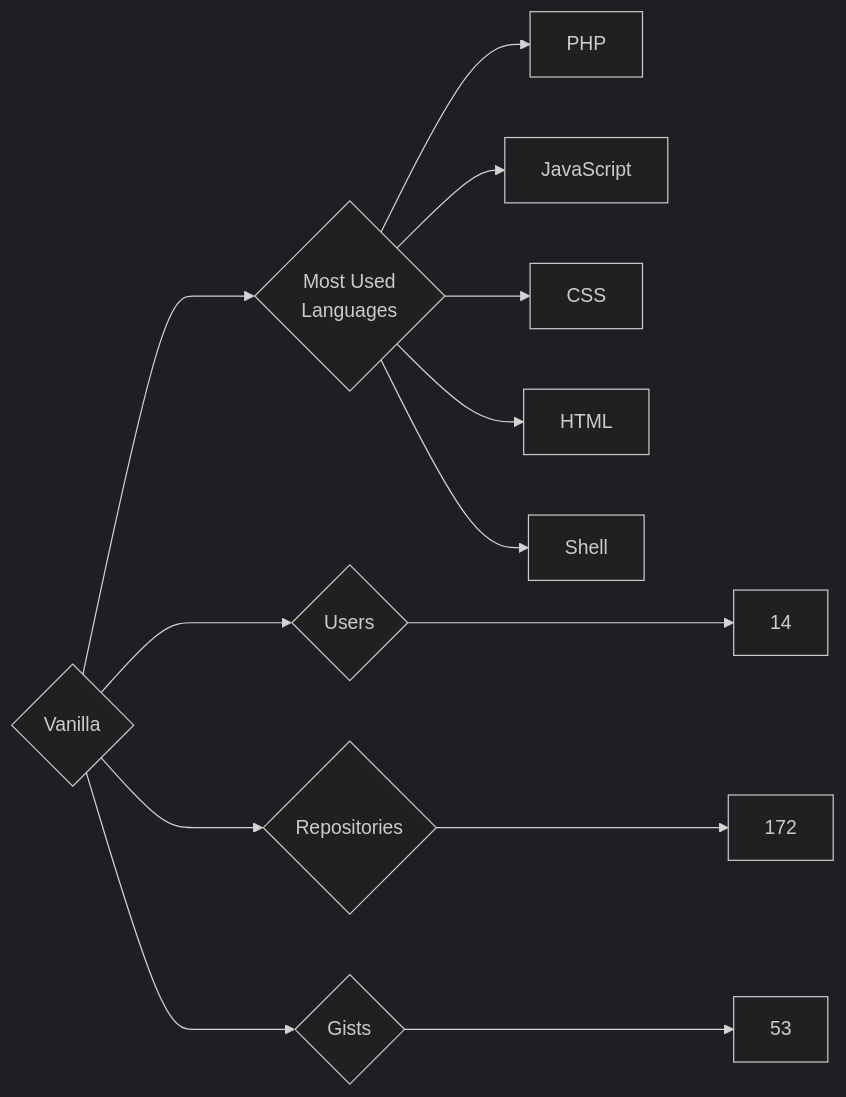
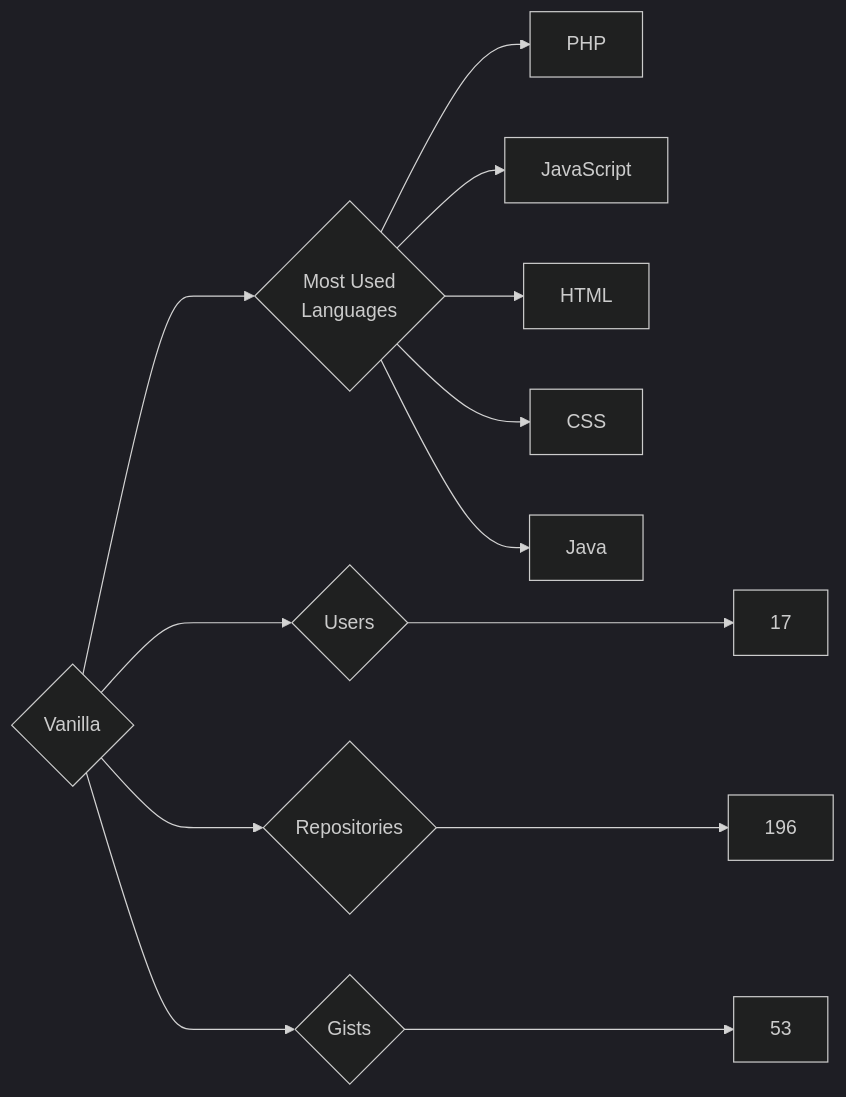
The diagram in targets/Vanilla/README.md (trickest/insiders), drawn with Mermaid (dark theme) before and after one commit. The commit also changed 964 other files, not shown here.

````diff
--- a/targets/Vanilla/README.md
+++ b/targets/Vanilla/README.md
@@ -3,13 +3,13 @@
 ```mermaid
 graph LR
 COMPANY_NAME{Vanilla}
-COMPANY_NAME ---> U{Users} ---> UN[14]
-COMPANY_NAME ---> R{Repositories} ---> RN[172]
+COMPANY_NAME ---> U{Users} ---> UN[17]
+COMPANY_NAME ---> R{Repositories} ---> RN[196]
 COMPANY_NAME ---> G{Gists} ---> GN[53]
 COMPANY_NAME ---> ML{Most Used<br>Languages}
 ML --> PHP[PHP]
 ML --> JavaScript[JavaScript]
+ML --> HTML[HTML]
 ML --> CSS[CSS]
-ML --> HTML[HTML]
-ML --> Shell[Shell]
+ML --> Java[Java]
 ```
````
